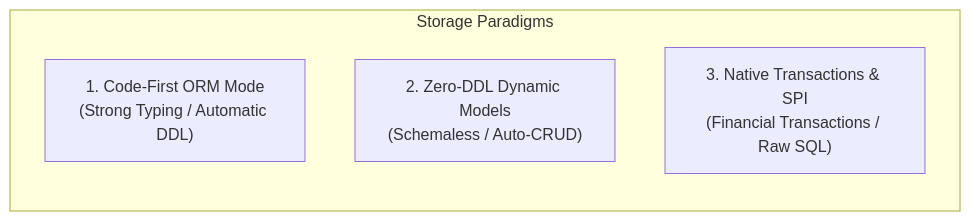
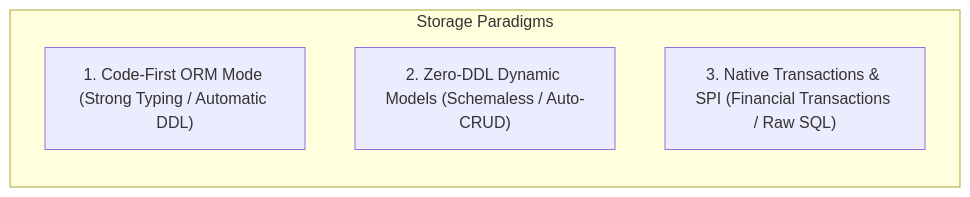
The third of 3 diagrams in docs/src/content/docs/guides/system-development.md (FoundKit/foundry), drawn with Mermaid before and after one commit. The commit also changed other lines of this file and 22 other files, not shown here.

````diff
--- a/docs/src/content/docs/guides/system-development.md
+++ b/docs/src/content/docs/guides/system-development.md
@@ -376,8 +349,9 @@
 ```mermaid
-graph LR
-    subgraph Storage Paradigms
-        Mode1["1. Code-First ORM Mode<br/>(Strong Typing / Automatic DDL)"]
-        Mode2["2. Zero-DDL Dynamic Models<br/>(Schemaless / Auto-CRUD)"]
-        Mode3["3. Native Transactions & SPI<br/>(Financial Transactions / Raw SQL)"]
+flowchart LR
+    subgraph StorageModes ["Storage Paradigms"]
+        direction TB
+        Mode1["1. Code-First ORM Mode (Strong Typing / Automatic DDL)"]
+        Mode2["2. Zero-DDL Dynamic Models (Schemaless / Auto-CRUD)"]
+        Mode3["3. Native Transactions & SPI (Financial Transactions / Raw SQL)"]
     end
 ```
````
